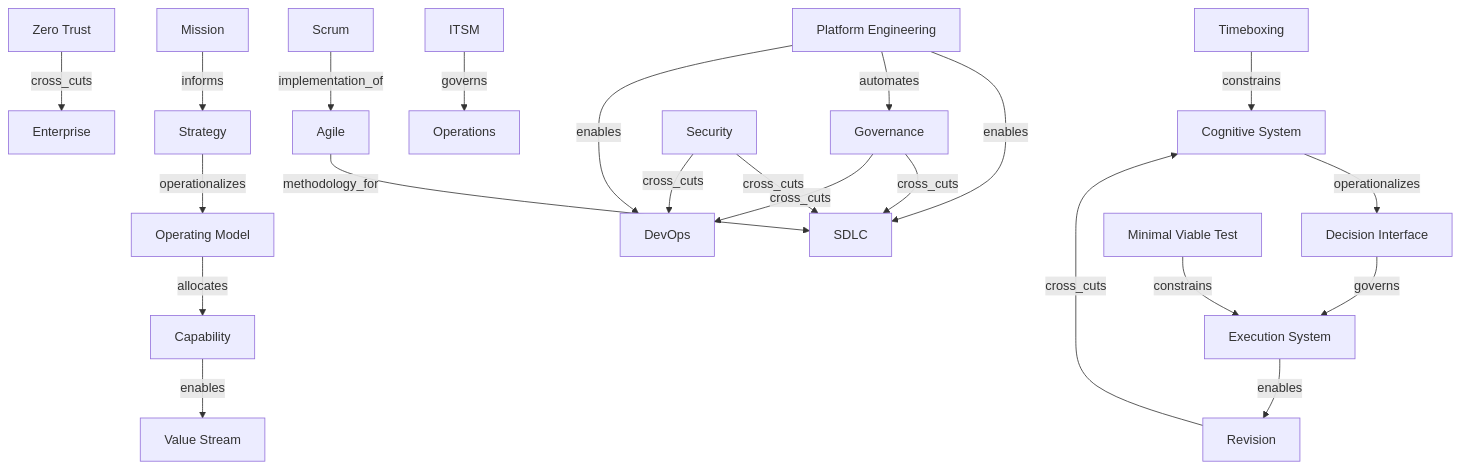
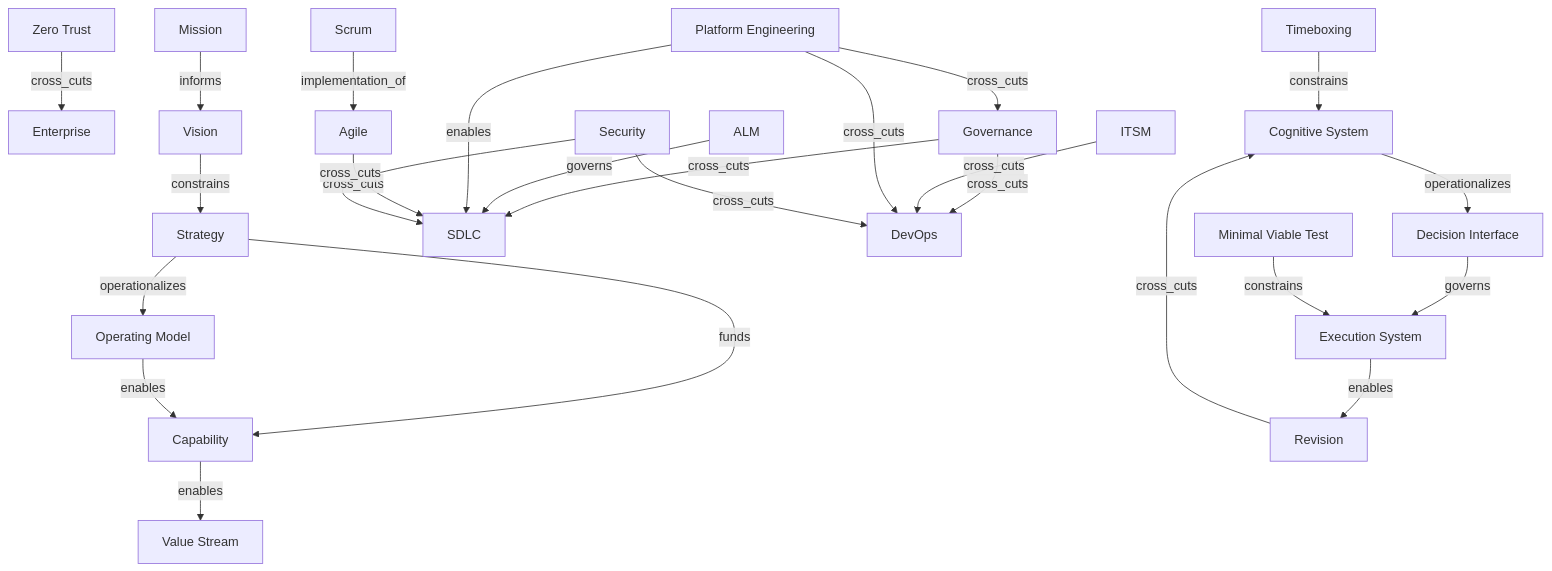
Before and after one commit to Luckden/Toolerp: the diagram in research/13-model/unified-semantic-relationship-model.md, drawn with Mermaid. The commit also changed other lines of this file and 15 other files, not shown here.

````diff
--- a/research/13-model/unified-semantic-relationship-model.md
+++ b/research/13-model/unified-semantic-relationship-model.md
@@ -164,47 +211,51 @@
 ```mermaid
 flowchart TD
     enterprise[Enterprise]
     mission[Mission]
+    vision[Vision]
     strategy[Strategy]
     operating_model[Operating Model]
     capability[Capability]
     value_stream[Value Stream]
     governance[Governance]
+    alm[ALM]
     sdlc[SDLC]
     devops[DevOps]
+    itsm[ITSM]
     platform_engineering[Platform Engineering]
+    security[Security]
     zero_trust[Zero Trust]
     agile[Agile]
     scrum[Scrum]
-    itsm[ITSM]
-    operations[Operations]
-    security[Security]
     cognitive_system[Cognitive System]
     decision_interface[Decision Interface]
     execution_system[Execution System]
     revision[Revision]
     timeboxing[Timeboxing]
     minimal_viable_test[Minimal Viable Test]
 
-    mission -->|informs| strategy
+    mission -->|informs| vision
+    vision -->|constrains| strategy
     strategy -->|operationalizes| operating_model
-    operating_model -->|allocates| capability
+    strategy -->|funds| capability
+    operating_model -->|enables| capability
     capability -->|enables| value_stream
     governance -->|cross_cuts| sdlc
     governance -->|cross_cuts| devops
+    alm -->|governs| sdlc
     platform_engineering -->|enables| sdlc
-    platform_engineering -->|automates| governance
+    platform_engineering -->|cross_cuts| governance
     zero_trust -->|cross_cuts| enterprise
-    agile -->|methodology_for| sdlc
+    agile -->|cross_cuts| sdlc
     scrum -->|implementation_of| agile
-    itsm -->|governs| operations
-    platform_engineering -->|enables| devops
+    itsm -->|cross_cuts| devops
+    platform_engineering -->|cross_cuts| devops
     security -->|cross_cuts| sdlc
     security -->|cross_cuts| devops
     cognitive_system -->|operationalizes| decision_interface
     decision_interface -->|governs| execution_system
     execution_system -->|enables| revision
     revision -->|cross_cuts| cognitive_system
     timeboxing -->|constrains| cognitive_system
     minimal_viable_test -->|constrains| execution_system
 ```
````
